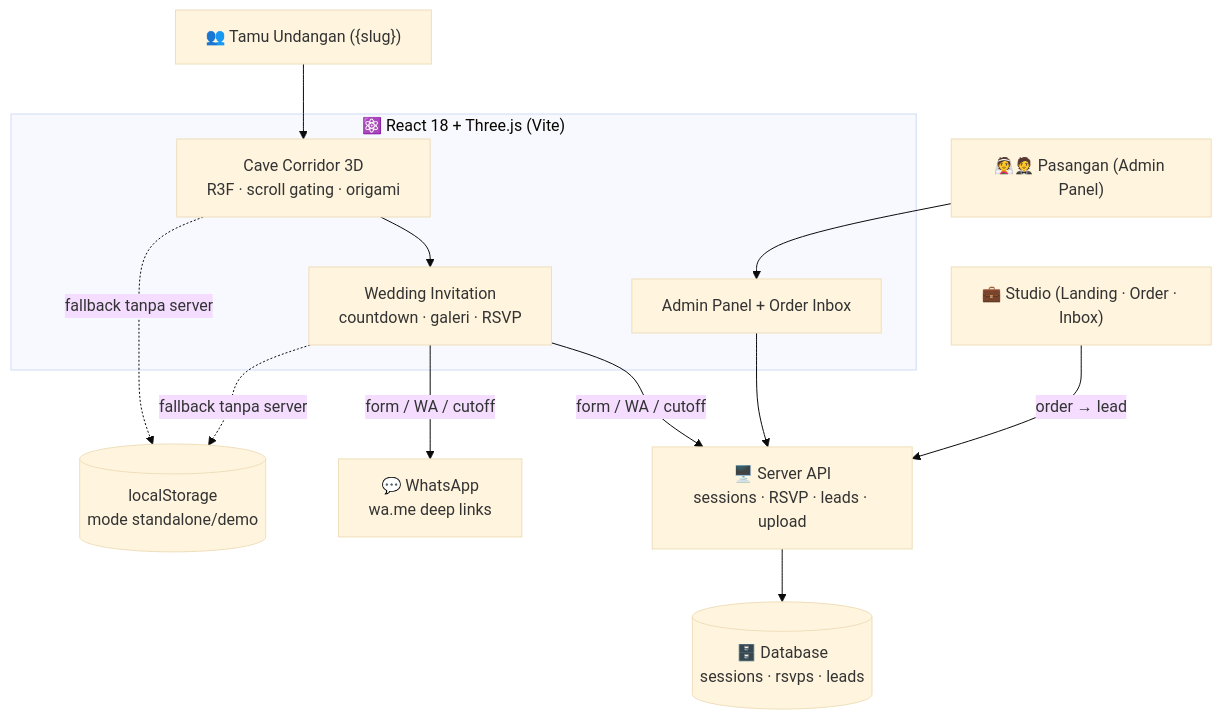
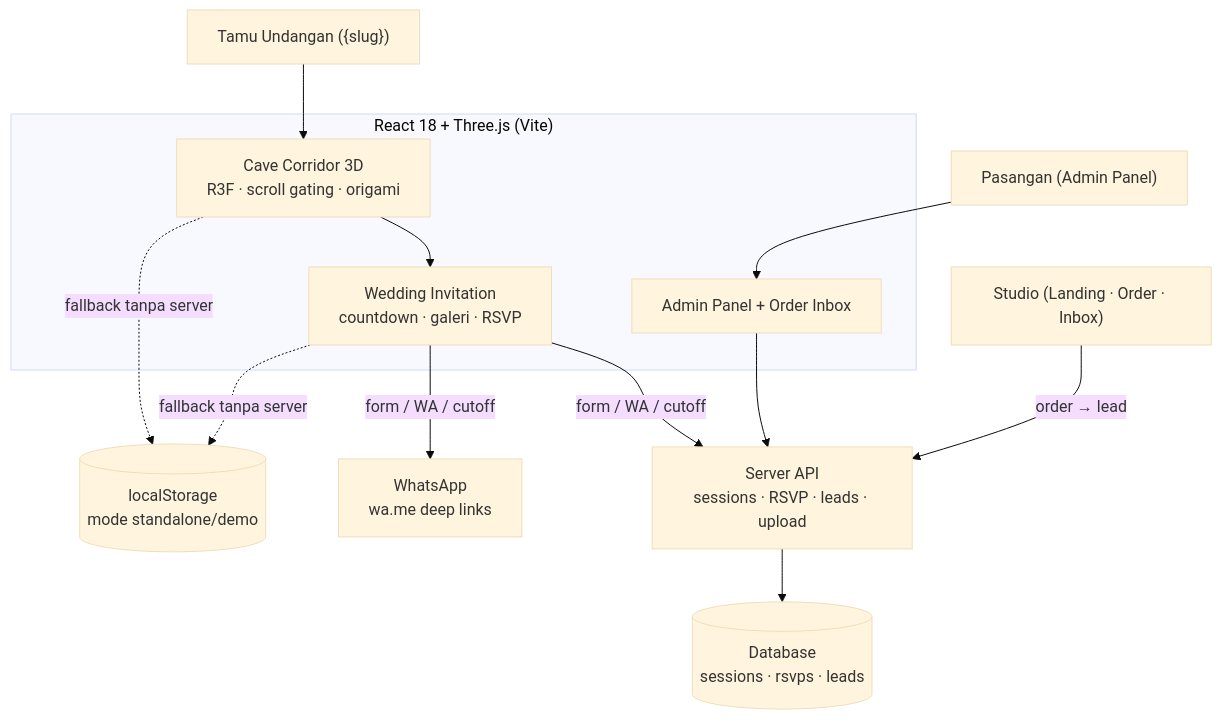
The diagram in README.md (kandarlubis31/mindgate-showcase), drawn with Mermaid (base theme) before and after one commit. The commit also changed other lines of this file, not shown here.

````diff
--- a/README.md
+++ b/README.md
@@ -60,21 +60,21 @@
 ```mermaid
 flowchart TB
-    G["👰🤵 Pasangan (Admin Panel)"]
-    T["👥 Tamu Undangan ({slug})"]
-    S["💼 Studio (Landing · Order · Inbox)"]
-    subgraph FE["⚛️ React 18 + Three.js (Vite)"]
+    G[" Pasangan (Admin Panel)"]
+    T[" Tamu Undangan ({slug})"]
+    S[" Studio (Landing · Order · Inbox)"]
+    subgraph FE[" React 18 + Three.js (Vite)"]
         CAVE["Cave Corridor 3D<br/>R3F · scroll gating · origami"]
         INV["Wedding Invitation<br/>countdown · galeri · RSVP"]
         ADM["Admin Panel + Order Inbox"]
     end
-    API["🖥️ Server API<br/>sessions · RSVP · leads · upload"]
-    DB[("🗄️ Database<br/>sessions · rsvps · leads")]
+    API[" Server API<br/>sessions · RSVP · leads · upload"]
+    DB[(" Database<br/>sessions · rsvps · leads")]
     LS[("localStorage<br/>mode standalone/demo")]
-    WA["💬 WhatsApp<br/>wa.me deep links"]
+    WA[" WhatsApp<br/>wa.me deep links"]
     T --> CAVE --> INV
     INV -->|"form / WA / cutoff"| API & WA
     G --> ADM --> API
     S -->|"order → lead"| API
     API --> DB
     CAVE & INV -.->|"fallback tanpa server"| LS
 ```
````
